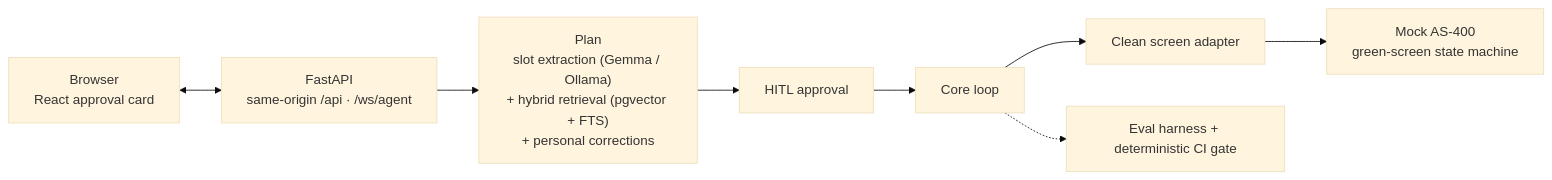
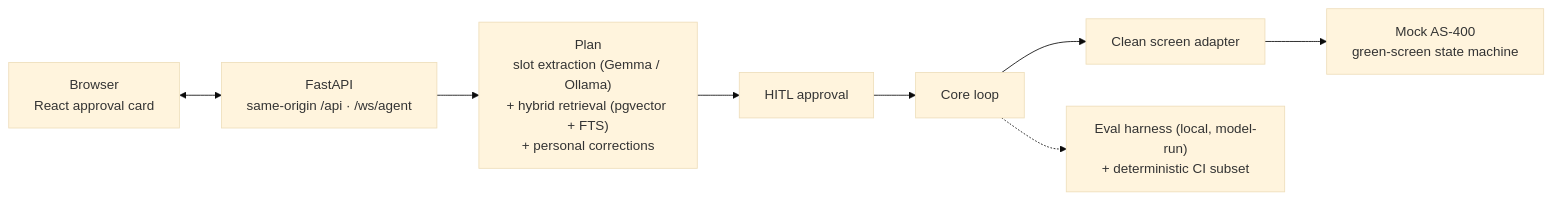
One commit to seunghwan-dev/tanomude changed the diagram in README.md. Above: the diagram before and after it, drawn with Mermaid (base theme). The commit also changed other lines of this file and 1 other file, not shown here.

````diff
--- a/README.md
+++ b/README.md
@@ -28,11 +34,11 @@
 ```mermaid
 flowchart LR
   B["Browser<br/>React approval card"] <--> API["FastAPI<br/>same-origin /api · /ws/agent"]
   API --> P["Plan<br/>slot extraction (Gemma / Ollama)<br/>+ hybrid retrieval (pgvector + FTS)<br/>+ personal corrections"]
   P --> H["HITL approval"]
   H --> C["Core loop"]
   C --> AD["Clean screen adapter"]
   AD --> M["Mock AS-400<br/>green-screen state machine"]
-  EV["Eval harness + deterministic CI gate"]
+  EV["Eval harness (local, model-run)<br/>+ deterministic CI subset"]
   C -.-> EV
 ```
````
